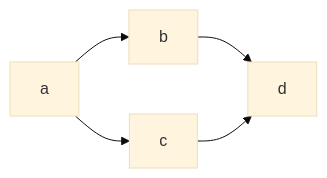
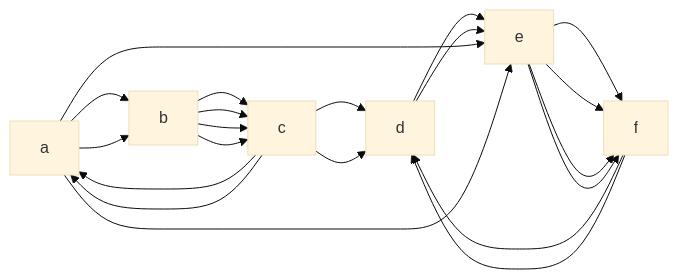
The diagram in README.md (thecodingrunner/RecordApplication), drawn with Mermaid (base theme) before and after one commit.

````diff
--- a/README.md
+++ b/README.md
@@ -4,4 +4,4 @@
 ```mermaid
 flowchart LR
-   a --> b & c--> d
+   a --> b & b --> c & c --> d & a --> e & e --> f & f --> d
 ```
````
